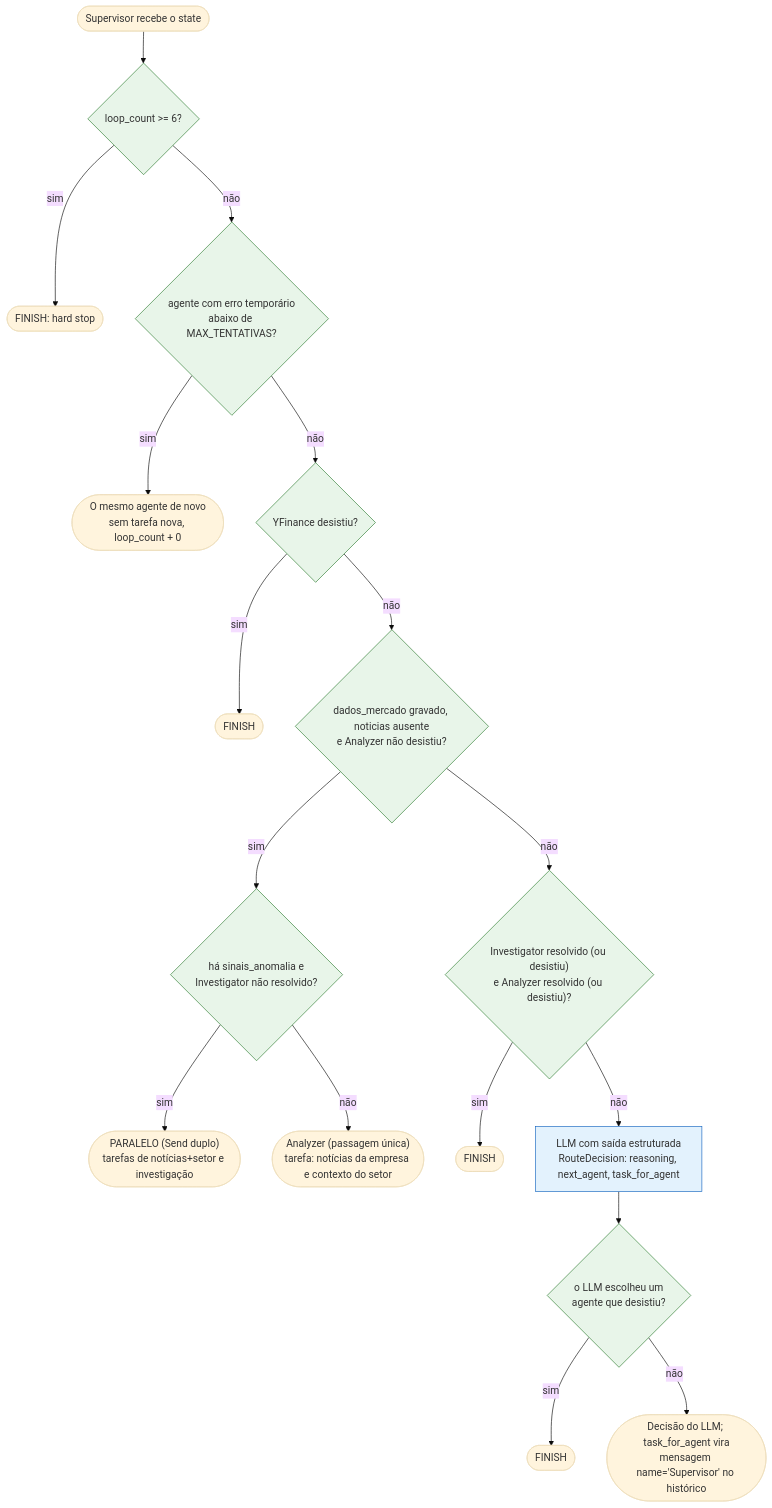
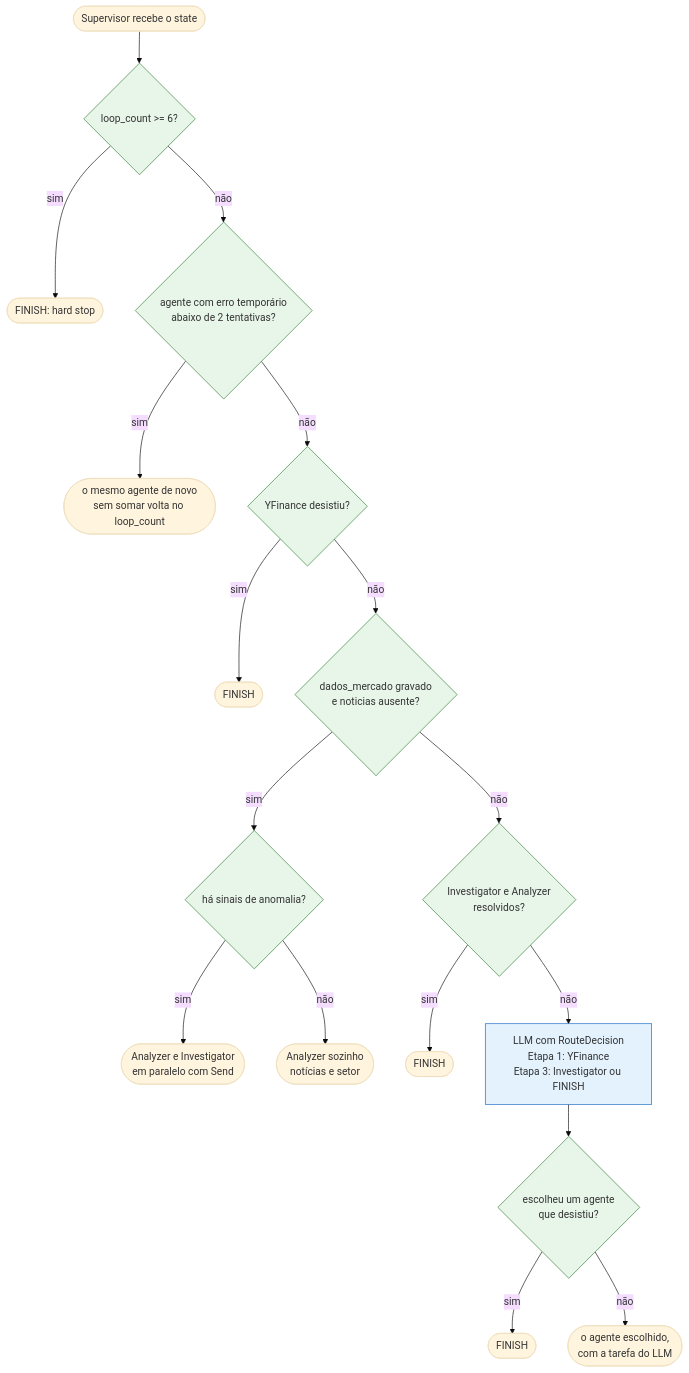
The first of 4 diagrams in docs/arquitetura.md (igorc22/pipeline-inteligencia-financeira-b3), drawn with Mermaid (base theme) before and after one commit. The commit also changed other lines of this file and 77 other files, not shown here.

````diff
--- a/docs/arquitetura.md
+++ b/docs/arquitetura.md
@@ -110,24 +17,24 @@
 ```mermaid
 flowchart TD
-    E(["Supervisor recebe o state"]) --> H{"loop_count >= 6?"}
-    H -->|sim| FIN1(["FINISH: hard stop"])
-    H -->|não| GE{"agente com erro temporário<br/>abaixo de MAX_TENTATIVAS?"}
-    GE -->|sim| RE(["O mesmo agente de novo<br/>sem tarefa nova, loop_count + 0"])
-    GE -->|não| GY{"YFinance desistiu?"}
-    GY -->|sim| FIN3(["FINISH"])
-    GY -->|não| G1{"dados_mercado gravado, noticias ausente<br/>e Analyzer não desistiu?"}
-    G1 -->|sim| GS{"há sinais_anomalia e<br/>Investigator não resolvido?"}
-    GS -->|sim| PAR(["PARALELO (Send duplo)<br/>tarefas de notícias+setor e investigação"])
-    GS -->|não| AN(["Analyzer (passagem única)<br/>tarefa: notícias da empresa e contexto do setor"])
-    G1 -->|não| G2{"Investigator resolvido (ou desistiu)<br/>e Analyzer resolvido (ou desistiu)?"}
-    G2 -->|sim| FIN2(["FINISH"])
-    G2 -->|não| LLM["LLM com saída estruturada<br/>RouteDecision: reasoning, next_agent, task_for_agent"]
-    LLM --> GD{"o LLM escolheu um<br/>agente que desistiu?"}
-    GD -->|sim| FIN4(["FINISH"])
-    GD -->|não| D(["Decisão do LLM; task_for_agent vira<br/>mensagem name='Supervisor' no histórico"])
+    INICIO(["Supervisor recebe o state"]) --> HARD_STOP{"loop_count >= 6?"}
+    HARD_STOP -->|sim| F_HARD(["FINISH: hard stop"])
+    HARD_STOP -->|não| G_RETRY{"agente com erro temporário<br/>abaixo de 2 tentativas?"}
+    G_RETRY -->|sim| REENVIO(["o mesmo agente de novo<br/>sem somar volta no loop_count"])
+    G_RETRY -->|não| G_YF{"YFinance desistiu?"}
+    G_YF -->|sim| F_YF(["FINISH"])
+    G_YF -->|não| G_ETAPA2{"dados_mercado gravado<br/>e noticias ausente?"}
+    G_ETAPA2 -->|sim| G_SINAIS{"há sinais de anomalia?"}
+    G_SINAIS -->|sim| DISP_PARALELO(["Analyzer e Investigator<br/>em paralelo com Send"])
+    G_SINAIS -->|não| DISP_ANALYZER(["Analyzer sozinho<br/>notícias e setor"])
+    G_ETAPA2 -->|não| G_CONCLUIDO{"Investigator e Analyzer<br/>resolvidos?"}
+    G_CONCLUIDO -->|sim| F_CONCLUIDO(["FINISH"])
+    G_CONCLUIDO -->|não| DECISAO_LLM["LLM com RouteDecision<br/>Etapa 1: YFinance<br/>Etapa 3: Investigator ou FINISH"]
+    DECISAO_LLM --> G_DESISTIU{"escolheu um agente<br/>que desistiu?"}
+    G_DESISTIU -->|sim| F_DESISTIU(["FINISH"])
+    G_DESISTIU -->|não| DISP_AGENTE(["o agente escolhido,<br/>com a tarefa do LLM"])
 
     classDef guard fill:#e8f5e9,stroke:#2e7d32
     classDef llm fill:#e3f2fd,stroke:#1565c0
-    class H,GE,GY,G1,GS,G2,GD guard
-    class LLM llm
+    class HARD_STOP,G_RETRY,G_YF,G_ETAPA2,G_SINAIS,G_CONCLUIDO,G_DESISTIU guard
+    class DECISAO_LLM llm
 ```
````
